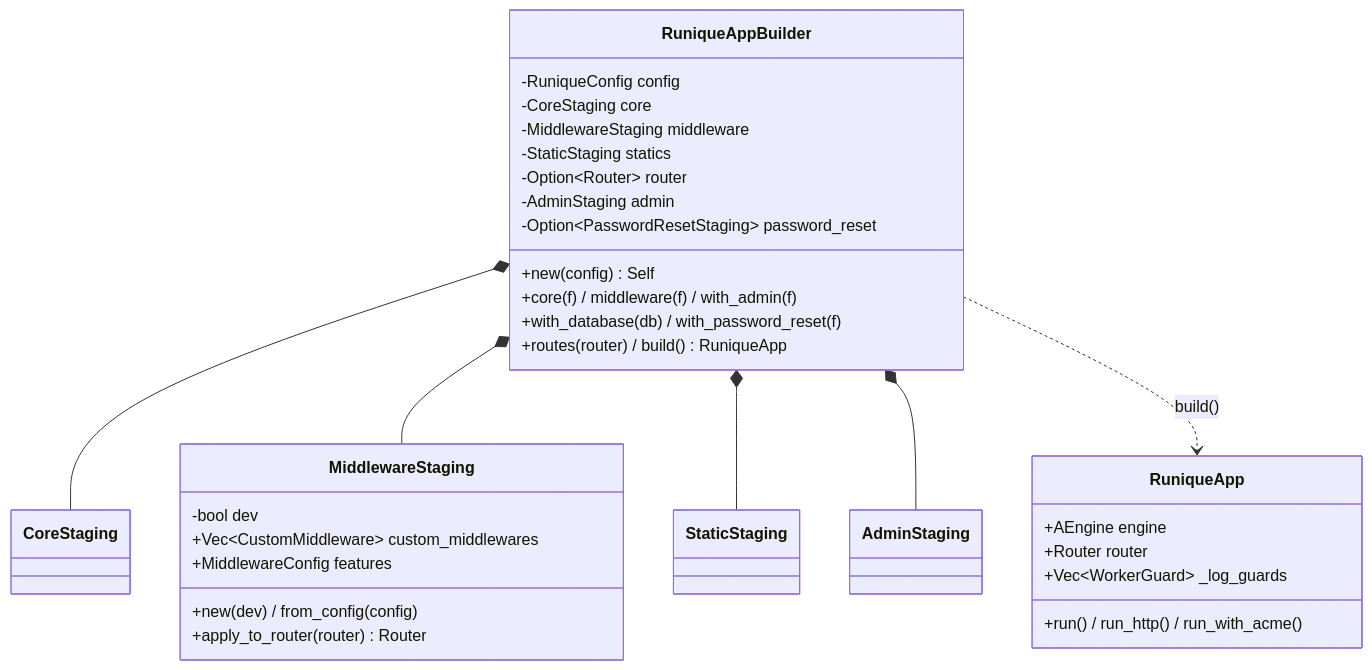
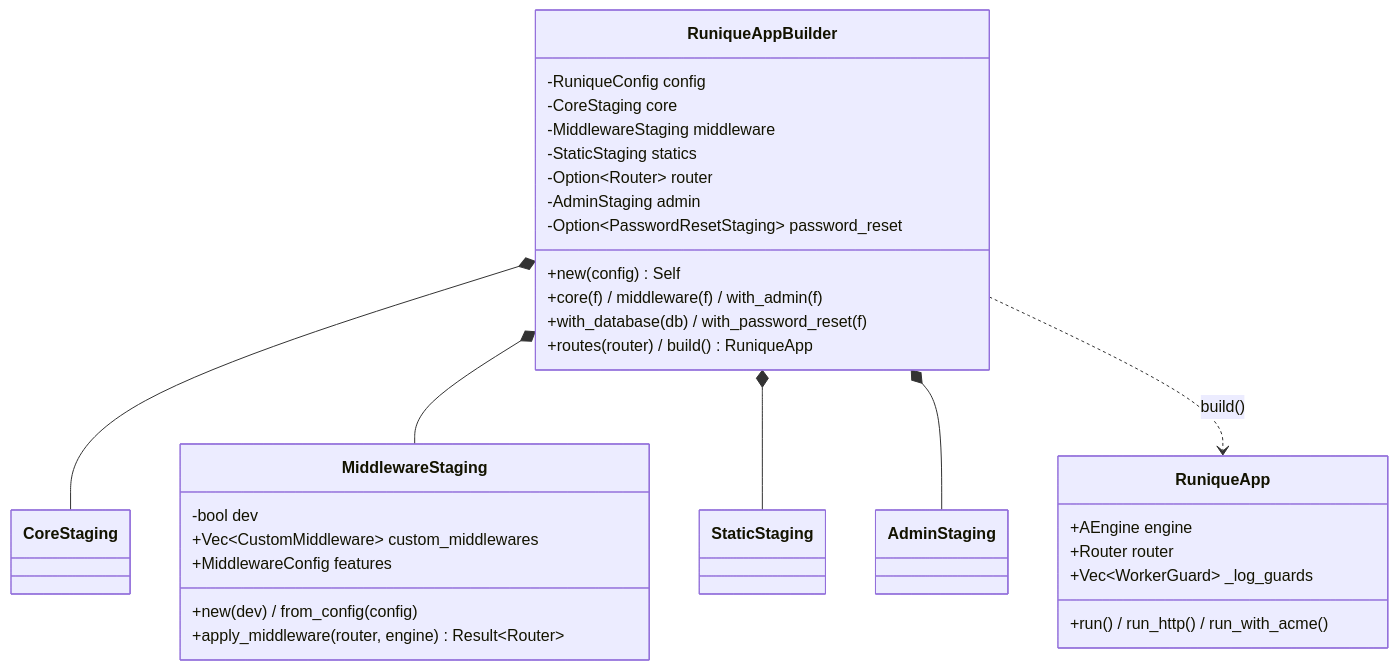
One commit to seb-alliot/runique changed the first of 4 diagrams in diagramme/uml/app/builder-staging.md. Above: the diagram before and after it, drawn with Mermaid. The commit also changed other lines of this file and 349 other files, not shown here.

````diff
--- a/diagramme/uml/app/builder-staging.md
+++ b/diagramme/uml/app/builder-staging.md
@@ -9,37 +9,37 @@
 ```mermaid
 classDiagram
     class RuniqueAppBuilder {
         -RuniqueConfig config
         -CoreStaging core
         -MiddlewareStaging middleware
         -StaticStaging statics
         -Option~Router~ router
         -AdminStaging admin
         -Option~PasswordResetStaging~ password_reset
         +new(config) Self
         +core(f) / middleware(f) / with_admin(f)
         +with_database(db) / with_password_reset(f)
         +routes(router) / build() RuniqueApp
     }
     class RuniqueApp {
         +AEngine engine
         +Router router
         +Vec~WorkerGuard~ _log_guards
         +run() / run_http() / run_with_acme()
     }
     class CoreStaging
     class MiddlewareStaging {
         -bool dev
         +Vec~CustomMiddleware~ custom_middlewares
         +MiddlewareConfig features
         +new(dev) / from_config(config)
-        +apply_to_router(router) Router
+        +apply_middleware(router, engine) Result~Router~
     }
     class StaticStaging
     class AdminStaging
     RuniqueAppBuilder *-- CoreStaging
     RuniqueAppBuilder *-- MiddlewareStaging
     RuniqueAppBuilder *-- StaticStaging
     RuniqueAppBuilder *-- AdminStaging
     RuniqueAppBuilder ..> RuniqueApp : build()
 ```
````
